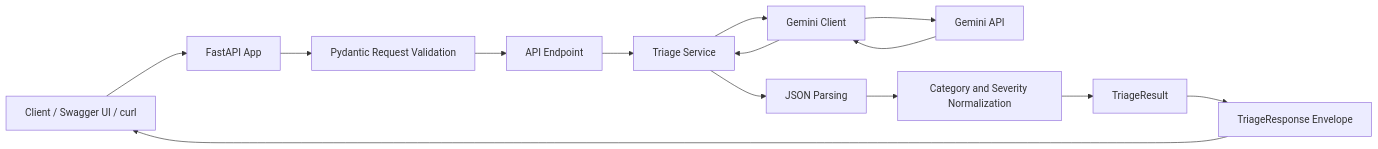
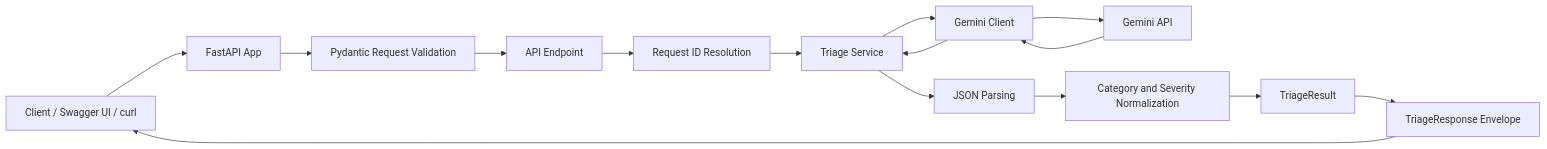
The first of 3 diagrams in README.md (blue-monkey0/llm-support-triage-api), drawn with Mermaid before and after one commit. The commit also changed other lines of this file and 2 other files, not shown here.

````diff
--- a/README.md
+++ b/README.md
@@ -117,16 +120,17 @@
 ```mermaid
 flowchart LR
     Client[Client / Swagger UI / curl] --> FastAPI[FastAPI App]
     FastAPI --> Validation[Pydantic Request Validation]
     Validation --> Endpoint[API Endpoint]
-    Endpoint --> Service[Triage Service]
+    Endpoint --> RequestID[Request ID Resolution]
+    RequestID --> Service[Triage Service]
     Service --> GeminiClient[Gemini Client]
     GeminiClient --> Gemini[Gemini API]
     Gemini --> GeminiClient
     GeminiClient --> Service
     Service --> Parsing[JSON Parsing]
     Parsing --> Normalization[Category and Severity Normalization]
     Normalization --> Result[TriageResult]
     Result --> Envelope[TriageResponse Envelope]
     Envelope --> Client
 ```
````
